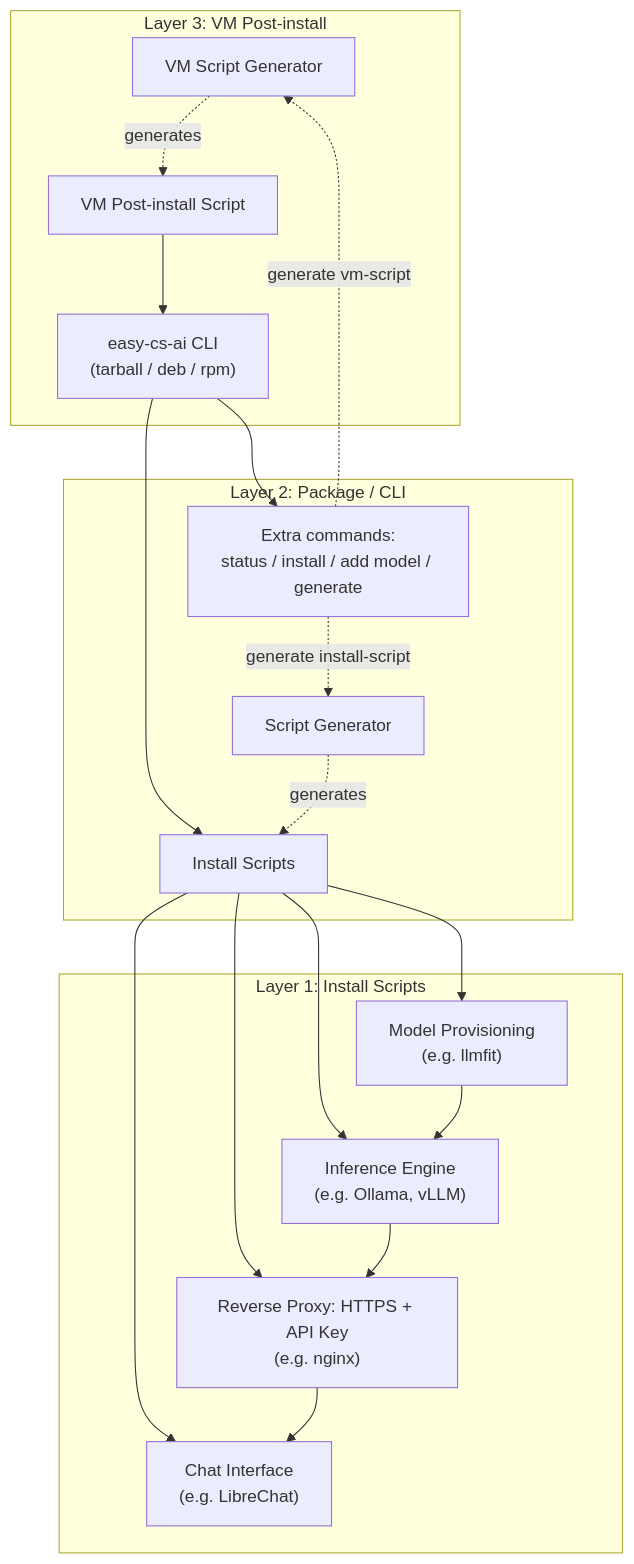
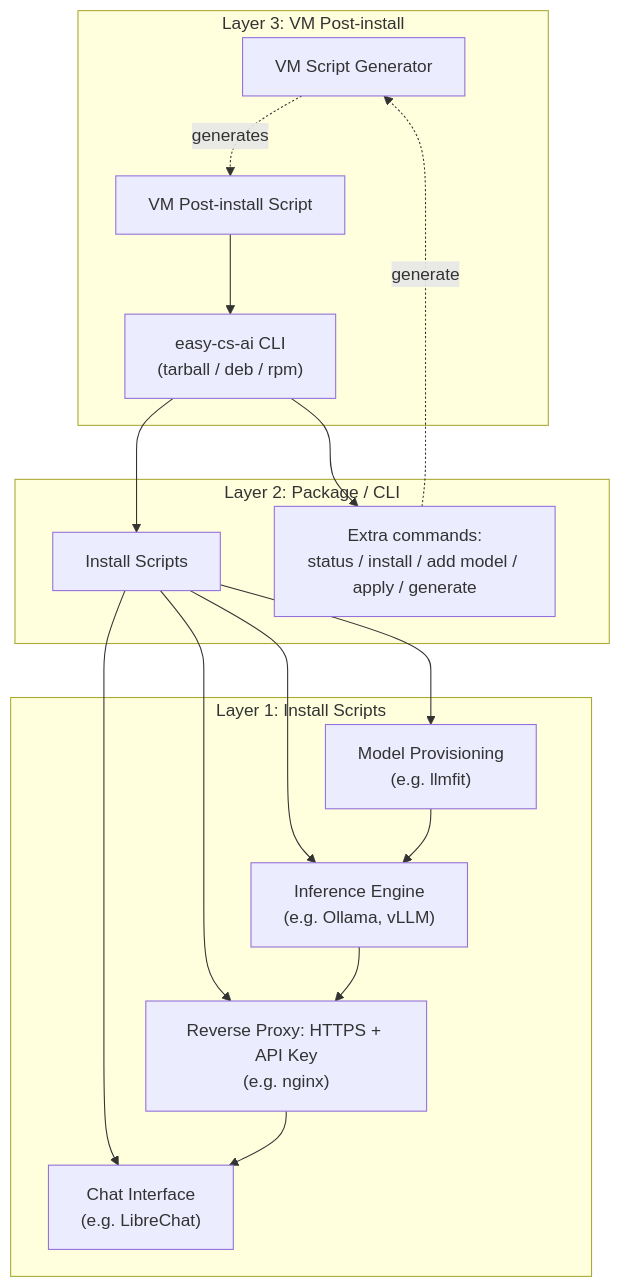
One commit to Dimsi-BS/easy-cs-ai changed the diagram in README.md. Above: the diagram before and after it, drawn with Mermaid. The commit also changed other lines of this file and 12 other files, not shown here.

````diff
--- a/README.md
+++ b/README.md
@@ -23,23 +23,22 @@
 ```mermaid
 graph TD
     subgraph L3["Layer 3: VM Post-install"]
         VMGen["VM Script Generator"] -.generates.-> VM["VM Post-install Script"]
         VM --> PKG
     end
     subgraph L2["Layer 2: Package / CLI"]
         PKG["easy-cs-ai CLI\n(tarball / deb / rpm)"] --> IS
-        PKG --> Extra["Extra commands:\nstatus / install / add model / generate"]
-        Extra -.generate install-script.-> ISGen
-        Extra -.generate vm-script.-> VMGen
+        PKG --> Extra["Extra commands:\nstatus / install / add model / apply / generate"]
+        Extra -.generate.-> VMGen
     end
     subgraph L1["Layer 1: Install Scripts"]
-        ISGen["Script Generator"] -.generates.-> IS["Install Scripts"]
+        IS["Install Scripts"]
         IS --> Engine
         IS --> Provisioning
         IS --> Proxy
         IS --> Chat
     end
     Engine["Inference Engine\n(e.g. Ollama, vLLM)"] --> Proxy
     Proxy["Reverse Proxy: HTTPS + API Key\n(e.g. nginx)"] --> Chat["Chat Interface\n(e.g. LibreChat)"]
     Provisioning["Model Provisioning\n(e.g. llmfit)"] --> Engine
 ```
````
